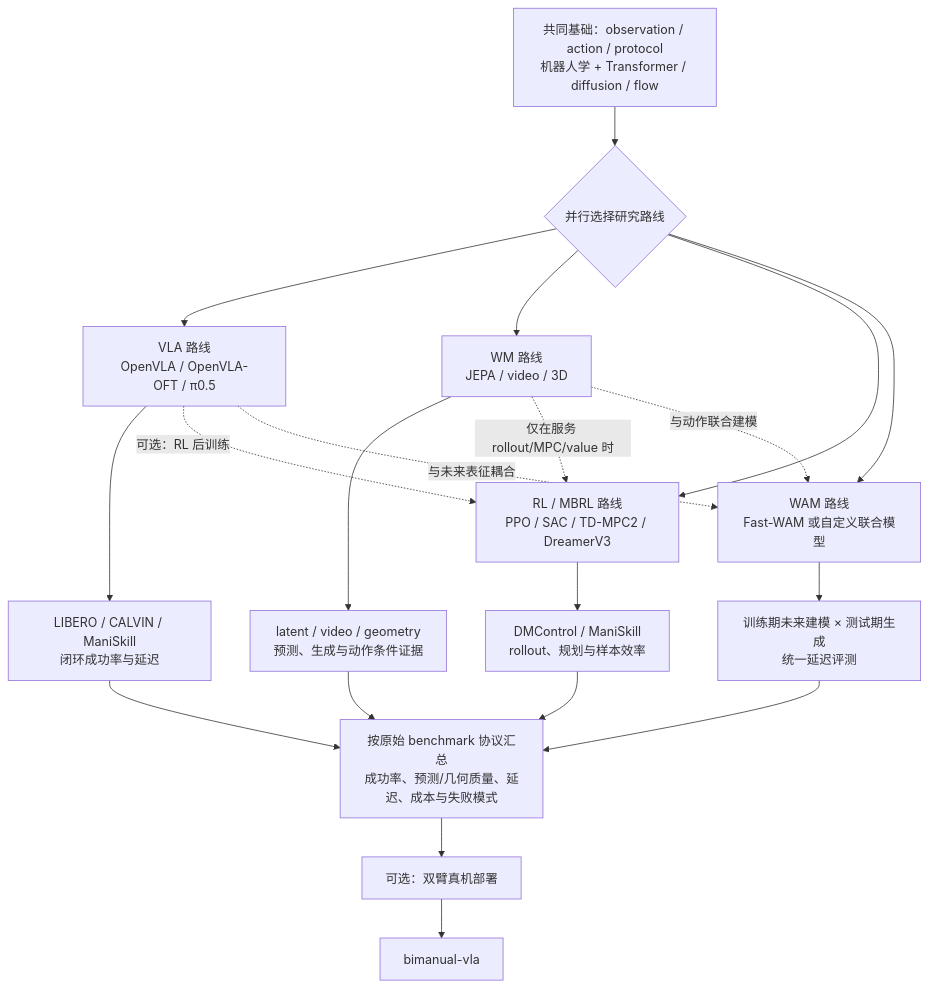
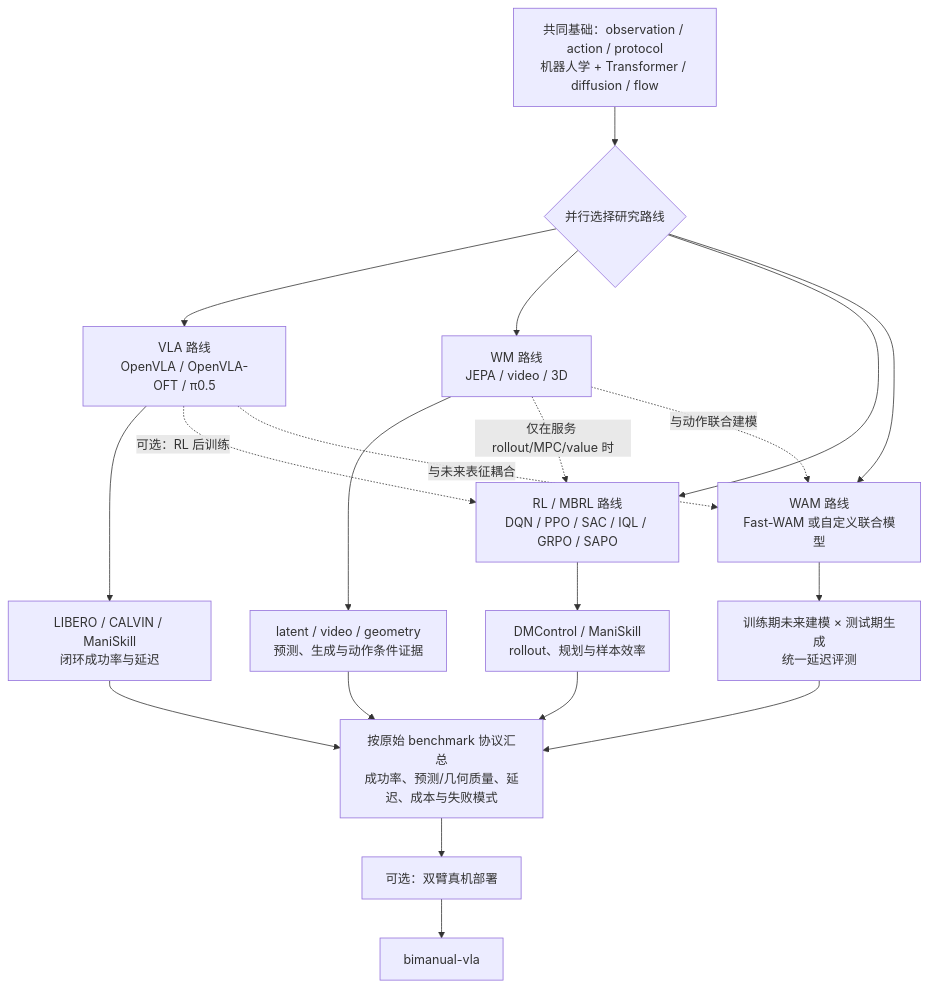
The second of 2 diagrams in README.md (Faraday-2024/Embodied-AI-Start), drawn with Mermaid before and after one commit. The commit also changed other lines of this file and 2 other files, not shown here.

Commit message:
docs: update reinforcement learning diagrams

````diff
--- a/README.md
+++ b/README.md
@@ -117,26 +127,26 @@
 ```mermaid
 flowchart TD
     F["共同基础：observation / action / protocol<br/>机器人学 + Transformer / diffusion / flow"] --> P{"并行选择研究路线"}
 
     P --> VLA["VLA 路线<br/>OpenVLA / OpenVLA-OFT / π0.5"]
     P --> WM["WM 路线<br/>JEPA / video / 3D"]
-    P --> RL["RL / MBRL 路线<br/>PPO / SAC / TD-MPC2 / DreamerV3"]
+    P --> RL["RL / MBRL 路线<br/>DQN / PPO / SAC / IQL / GRPO / SAPO"]
     P --> WAM["WAM 路线<br/>Fast-WAM 或自定义联合模型"]
 
     VLA --> VLAE["LIBERO / CALVIN / ManiSkill<br/>闭环成功率与延迟"]
     WM --> WME["latent / video / geometry<br/>预测、生成与动作条件证据"]
     RL --> RLE["DMControl / ManiSkill<br/>rollout、规划与样本效率"]
     WAM --> WAME["训练期未来建模 × 测试期生成<br/>统一延迟评测"]
 
     VLA -. "可选：RL 后训练" .-> RL
     WM -. "仅在服务 rollout/MPC/value 时" .-> RL
     VLA -. "与未来表征耦合" .-> WAM
     WM -. "与动作联合建模" .-> WAM
 
     VLAE --> REPORT["按原始 benchmark 协议汇总<br/>成功率、预测/几何质量、延迟、成本与失败模式"]
     WME --> REPORT
     RLE --> REPORT
     WAME --> REPORT
     REPORT --> REAL["可选：双臂真机部署"]
     REAL --> B["bimanual-vla"]
 ```
````
